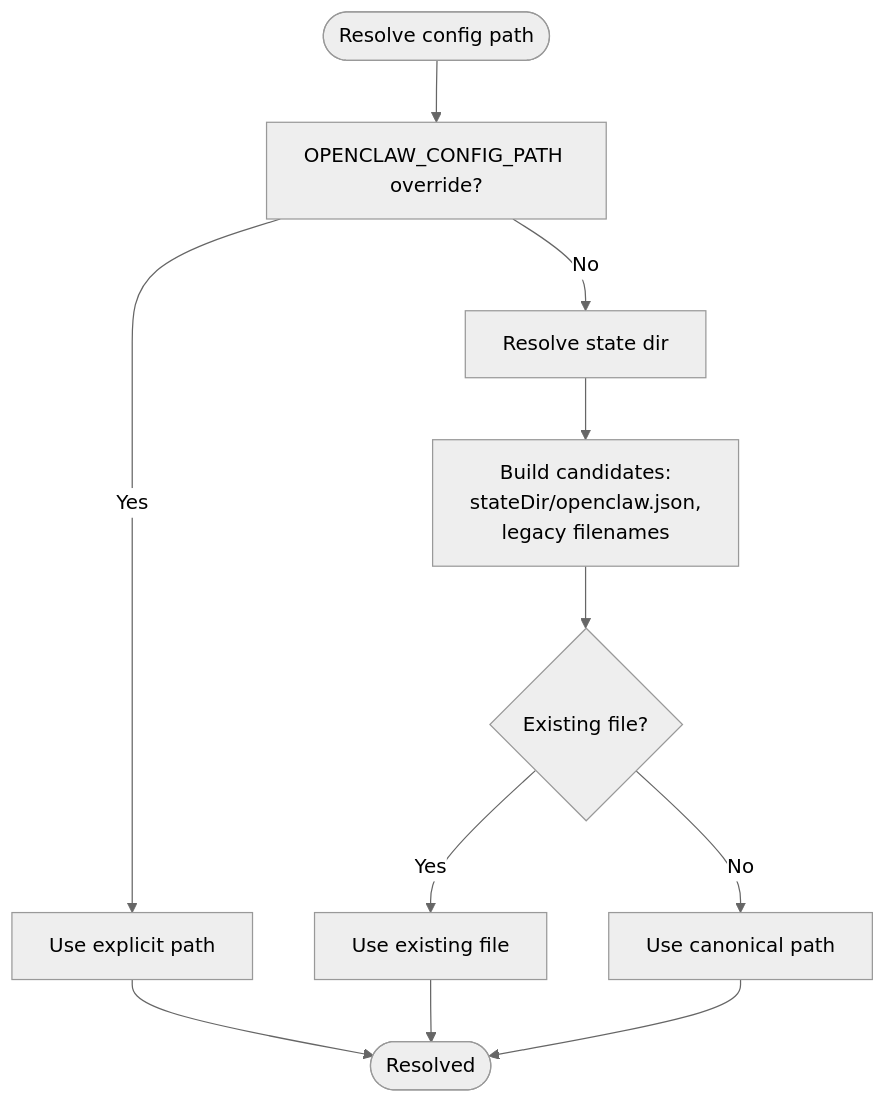
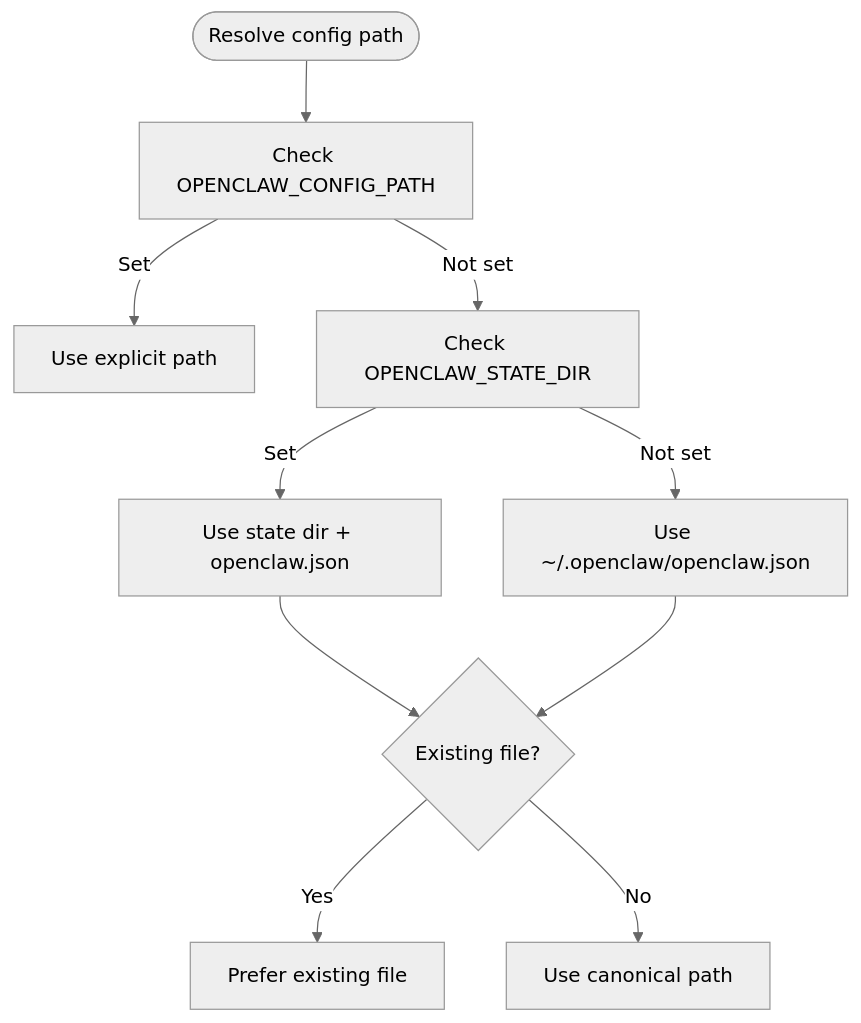
Before and after one commit to botx-work/OpenClaw-Internals: the third of 10 diagrams in repowiki/en/content/Configuration Management/Configuration Architecture.md, drawn with Mermaid (neutral theme). The commit also changed other lines of this file and 332 other files, not shown here.

````diff
--- a/repowiki/en/content/Configuration Management/Configuration Architecture.md
+++ b/repowiki/en/content/Configuration Management/Configuration Architecture.md
@@ -142,13 +162,12 @@
 ```mermaid
 flowchart TD
-Start(["Resolve config path"]) --> CheckExplicit["OPENCLAW_CONFIG_PATH override?"]
-CheckExplicit --> |Yes| UseExplicit["Use explicit path"]
-CheckExplicit --> |No| StateDir["Resolve state dir"]
-StateDir --> Candidates["Build candidates:<br/>stateDir/openclaw.json,<br/>legacy filenames"]
-Candidates --> Exists{"Existing file?"}
-Exists --> |Yes| UseExisting["Use existing file"]
+Start(["Resolve config path"]) --> CheckEnv["Check OPENCLAW_CONFIG_PATH"]
+CheckEnv --> |Set| UseEnv["Use explicit path"]
+CheckEnv --> |Not set| CheckState["Check OPENCLAW_STATE_DIR"]
+CheckState --> |Set| UseState["Use state dir + openclaw.json"]
+CheckState --> |Not set| Default["Use ~/.openclaw/openclaw.json"]
+UseState --> Exists{"Existing file?"}
+Default --> Exists
+Exists --> |Yes| Prefer["Prefer existing file"]
 Exists --> |No| Canonical["Use canonical path"]
-UseExplicit --> End(["Resolved"])
-UseExisting --> End
-Canonical --> End
 ```
````
